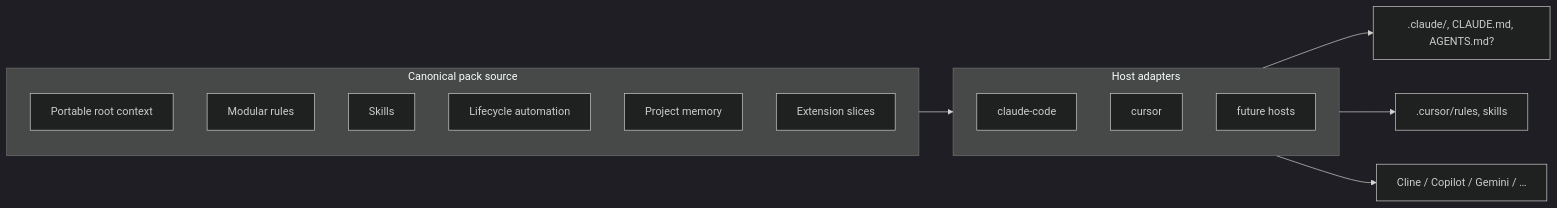
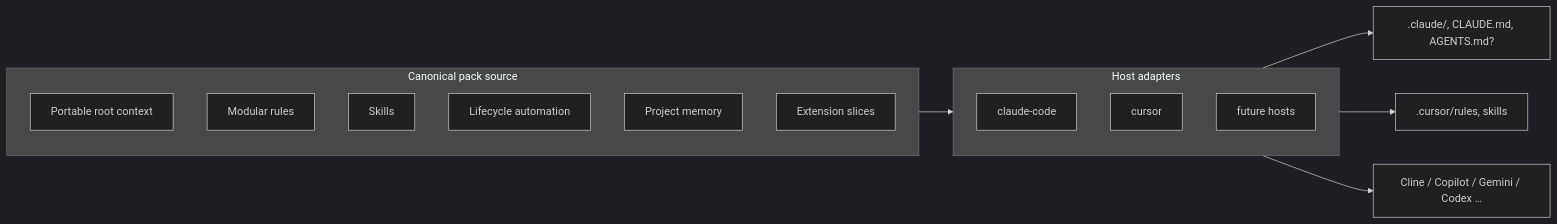
The diagram in _bmad-output/planning-artifacts/architecture.md (sdk451/FORCE), drawn with Mermaid (dark theme) before and after one commit. The commit also changed other lines of this file and 3 other files, not shown here.

Commit message:
update epics and architecture

````diff
--- a/_bmad-output/planning-artifacts/architecture.md
+++ b/_bmad-output/planning-artifacts/architecture.md
@@ -63,20 +63,20 @@
 ```mermaid
 flowchart LR
   subgraph canonical [Canonical pack source]
     P[Portable root context]
     R[Modular rules]
     S[Skills]
     H[Lifecycle automation]
     M[Project memory]
     X[Extension slices]
   end
   subgraph adapters [Host adapters]
     A1[claude-code]
     A2[cursor]
     A3[future hosts]
   end
   canonical --> adapters
   adapters --> O1[".claude/, CLAUDE.md, AGENTS.md?"]
   adapters --> O2[".cursor/rules, skills"]
-  adapters --> O3["Cline / Copilot / Gemini / …"]
+  adapters --> O3["Cline / Copilot / Gemini / Codex …"]
 ```
````
